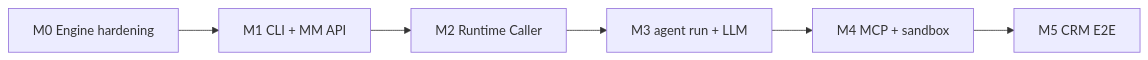
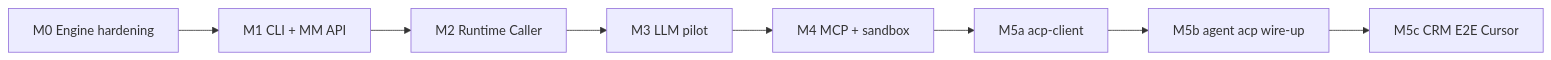
Before and after one commit to openlearnia/OLAgent: the first of 2 diagrams in docs/plans/v1-implementation-plan.md, drawn with Mermaid. The commit also changed other lines of this file and 9 other files, not shown here.

Commit message:
docs: ADR-003 Cursor ACP primary backend and revised M5a-M5c plan

````diff
--- a/docs/plans/v1-implementation-plan.md
+++ b/docs/plans/v1-implementation-plan.md
@@ -159,8 +165,10 @@
 ```mermaid
 flowchart LR
     M0[M0 Engine hardening] --> M1[M1 CLI + MM API]
     M1 --> M2[M2 Runtime Caller]
-    M2 --> M3[M3 agent run + LLM]
+    M2 --> M3[M3 LLM pilot]
     M3 --> M4[M4 MCP + sandbox]
-    M4 --> M5[M5 CRM E2E]
+    M4 --> M5a[M5a acp-client]
+    M5a --> M5b[M5b agent acp wire-up]
+    M5b --> M5c[M5c CRM E2E Cursor]
 ```
````
